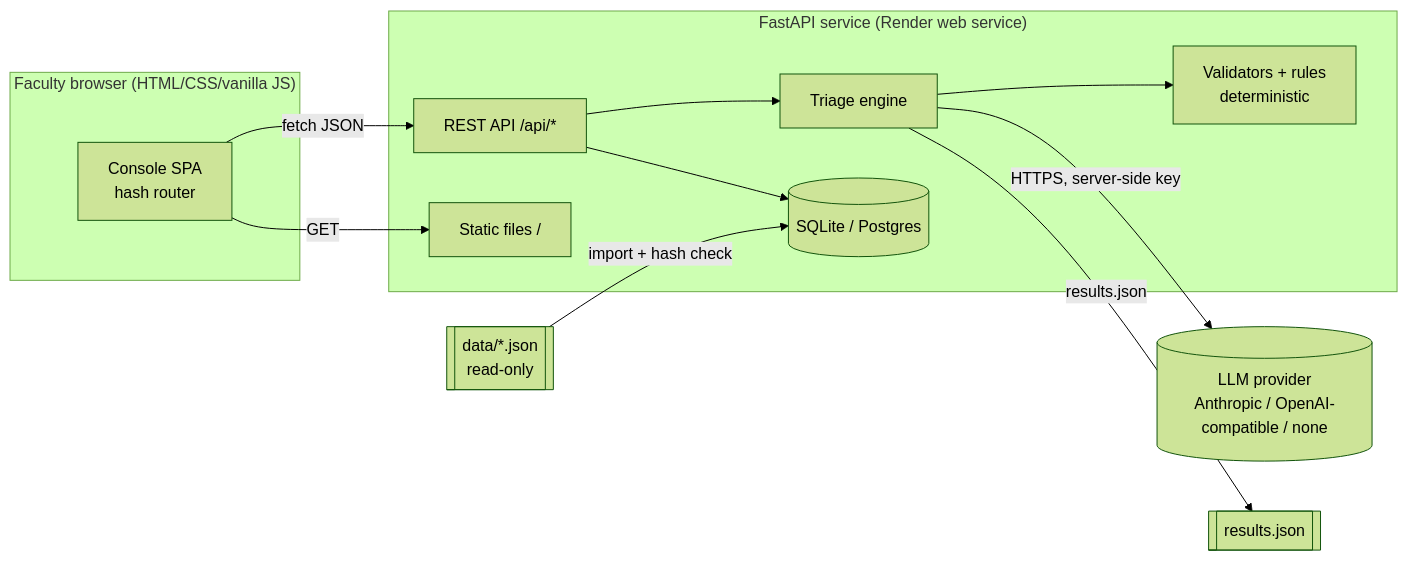
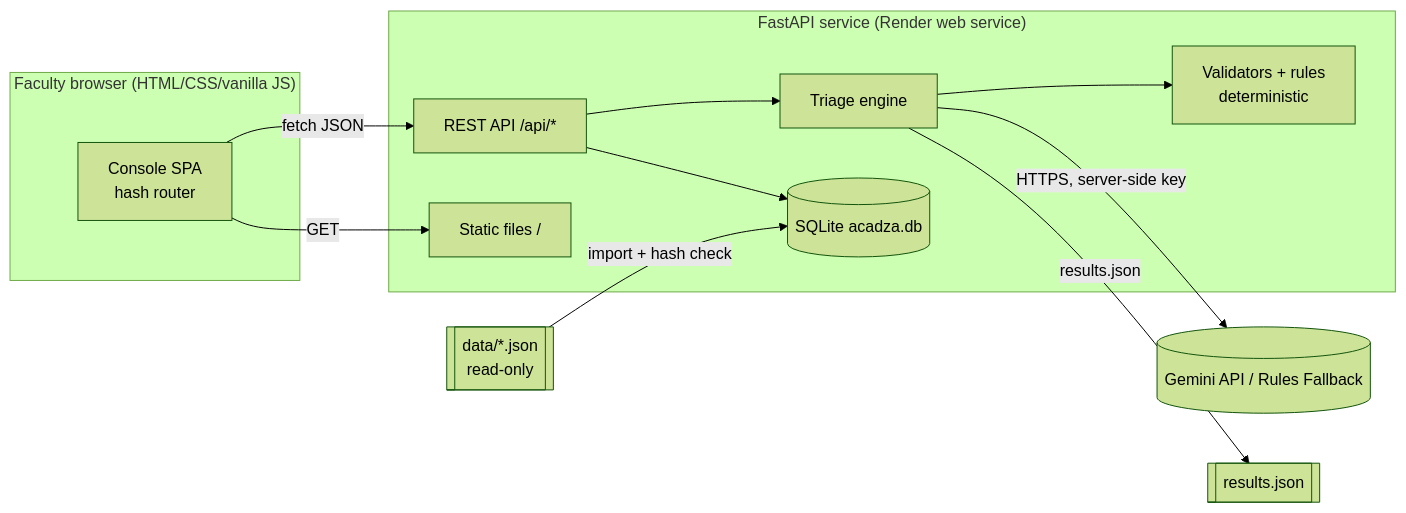
The first of 6 diagrams in docs/SYSTEM_ARCHITECTURE.md (Abhishek-kumar-sahu/ACADZA-REPORT-FIX), drawn with Mermaid (forest theme) before and after one commit. The commit also changed other lines of this file and 9 other files, not shown here.

````diff
--- a/docs/SYSTEM_ARCHITECTURE.md
+++ b/docs/SYSTEM_ARCHITECTURE.md
@@ -10,24 +13,24 @@
 ```mermaid
 flowchart LR
   subgraph Browser["Faculty browser (HTML/CSS/vanilla JS)"]
     UI[Console SPA<br/>hash router]
   end
   subgraph Service["FastAPI service (Render web service)"]
     API[REST API /api/*]
     STATIC[Static files /]
     ENG[Triage engine]
     VAL[Validators + rules<br/>deterministic]
-    DB[(SQLite / Postgres)]
+    DB[(SQLite acadza.db)]
   end
-  LLM[(LLM provider<br/>Anthropic / OpenAI-compatible / none)]
+  LLM[(Gemini API / Rules Fallback)]
   DATA[[data/*.json<br/>read-only]]
 
   UI -- fetch JSON --> API
   UI -- GET --> STATIC
   API --> DB
   API --> ENG
   ENG --> VAL
   ENG -- HTTPS, server-side key --> LLM
   DATA -- import + hash check --> DB
   ENG -- results.json --> FILE[[results.json]]
 ```
````
